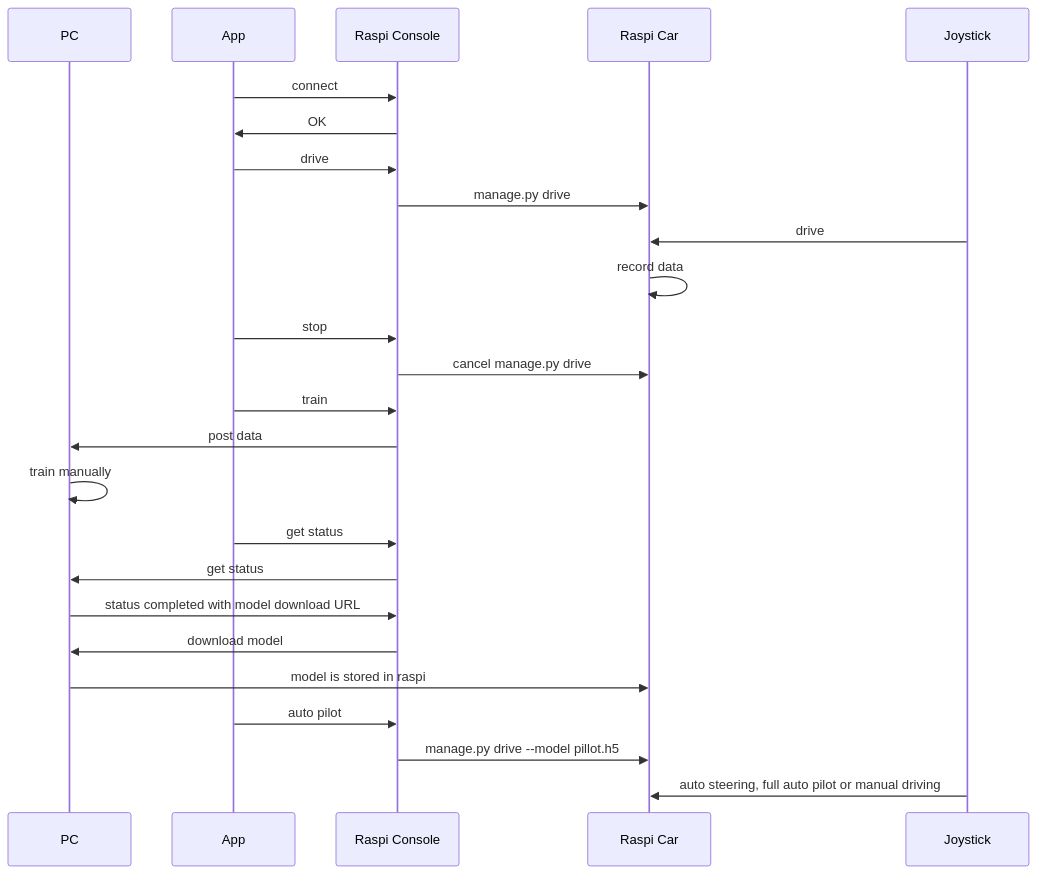
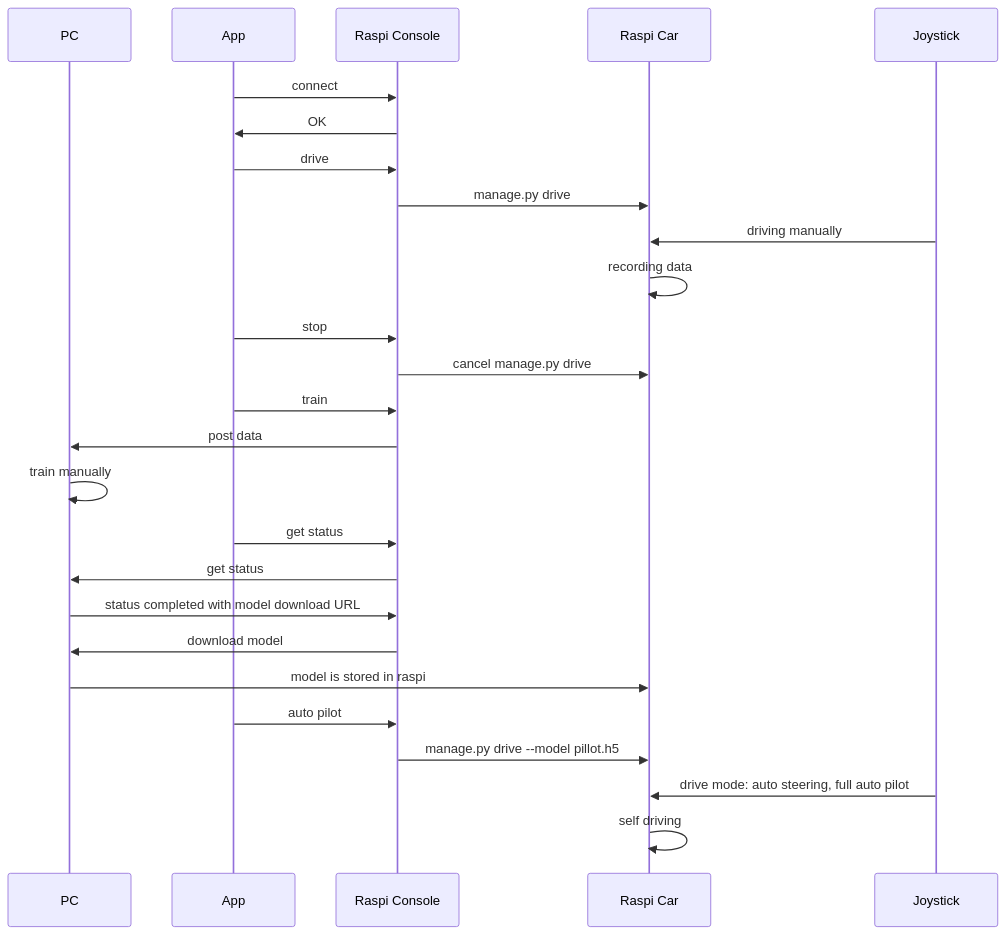
One commit to KwikHangout/AI-RC changed the diagram in memo/setup_memo_raspi_3A_plus.md. Above: the diagram before and after it, drawn with Mermaid. The commit also changed other lines of this file and 2 other files, not shown here.

Commit message:
Add screeshots

````diff
--- a/memo/setup_memo_raspi_3A_plus.md
+++ b/memo/setup_memo_raspi_3A_plus.md
@@ -16,44 +24,46 @@
 ```mermaid
 sequenceDiagram
     participant PC
     participant App
     participant Raspi Console
     participant Raspi Car
     participant Joystick
 
     App ->> Raspi Console: connect
     Raspi Console ->>App: OK
     App ->> Raspi Console: drive
     Raspi Console ->> Raspi Car: manage.py drive
 
-   Joystick ->> Raspi Car: drive
+   Joystick ->> Raspi Car: driving manually
 
-    Raspi Car ->> Raspi Car: record data
+    Raspi Car ->> Raspi Car: recording data
 
     App ->> Raspi Console: stop
 
     Raspi Console ->> Raspi Car: cancel manage.py drive
 
     App ->> Raspi Console: train
 
     Raspi Console ->> PC: post data
 
     PC ->> PC: train manually
 
     App ->> Raspi Console: get status
 
     Raspi Console->>PC: get status
 
     PC ->> Raspi Console: status completed with model download URL
 
     Raspi Console ->> PC: download model
 
     PC ->> Raspi Car: model is stored in raspi
 
     App ->> Raspi Console: auto pilot
 
     Raspi Console ->>Raspi Car: manage.py drive --model pillot.h5
 
-    Joystick ->> Raspi Car: auto steering, full auto pilot or  manual driving
+    Joystick ->> Raspi Car: drive mode: auto steering, full auto pilot
+
+    Raspi Car ->>Raspi Car: self driving
 
 ```
````
